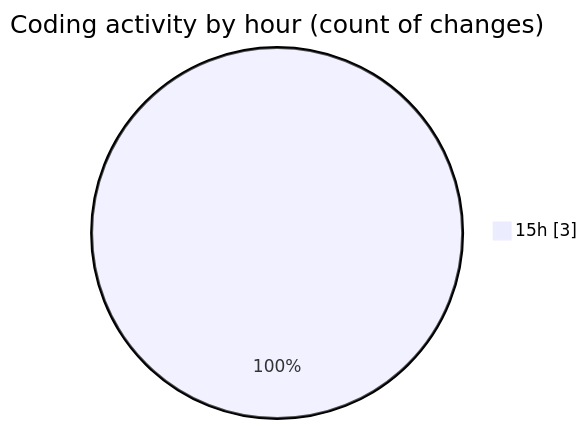
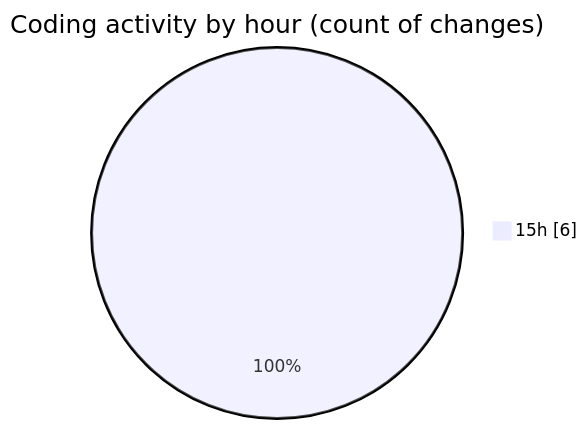
The second of 2 diagrams in 2025-02-28/chatgpt-blog/README.md (robertbonfada/code-tracking), drawn with Mermaid before and after one commit. The commit also changed other lines of this file and 1 other file, not shown here.

````diff
--- a/2025-02-28/chatgpt-blog/README.md
+++ b/2025-02-28/chatgpt-blog/README.md
@@ -28,5 +30,5 @@
 ```mermaid
 pie showData
 title Coding activity by hour (count of changes)
-"15h" : 3
+"15h" : 6
 ```
````
